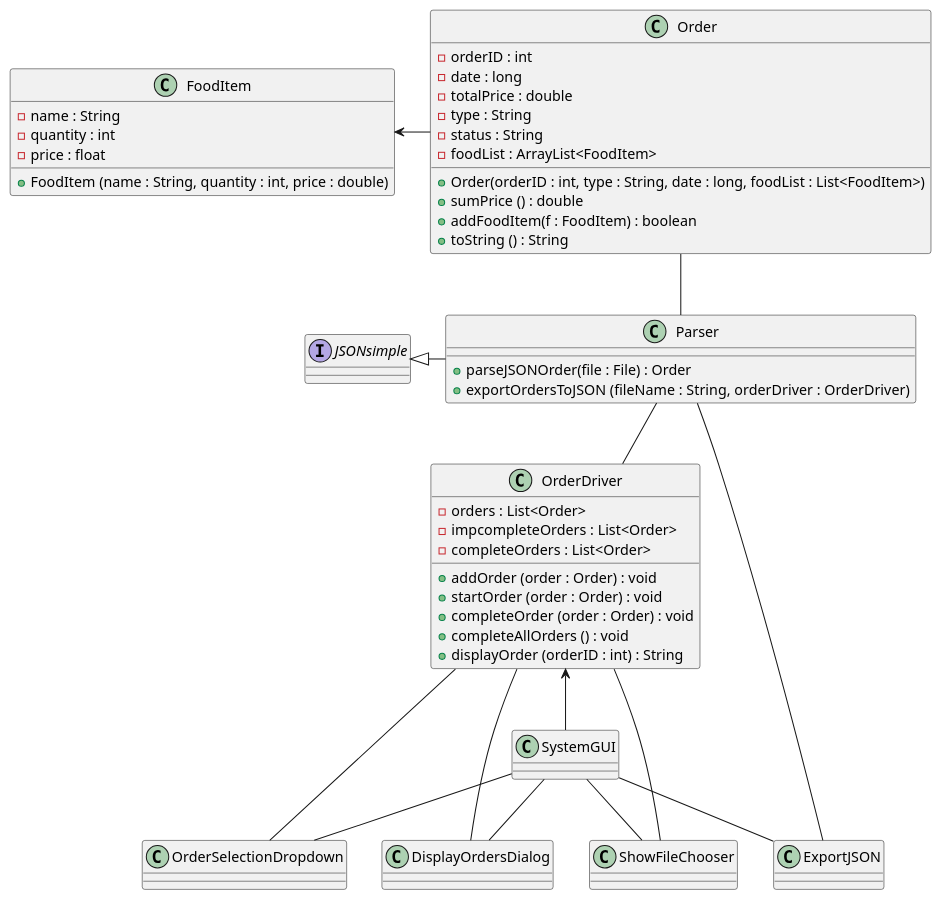
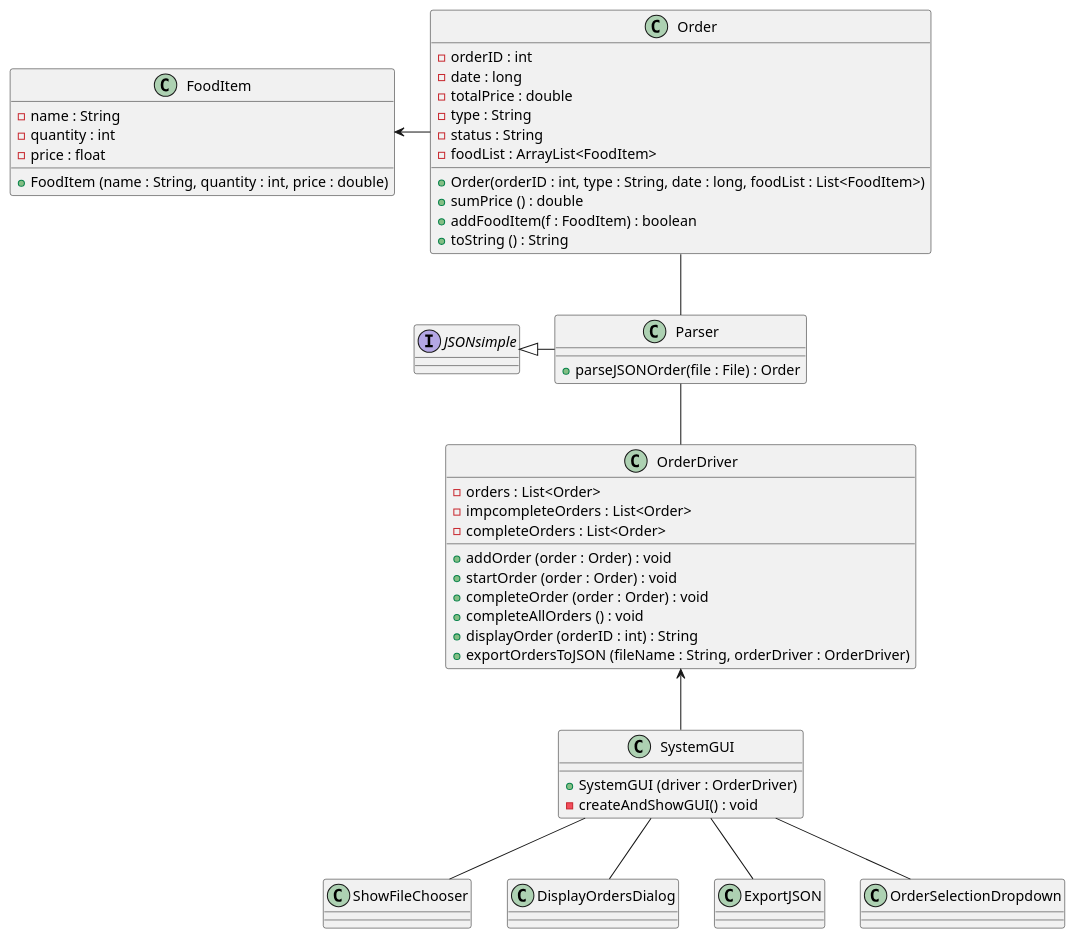
Before and after one commit to aidanmahl/372GroupProject: the diagram in code/src/main/java/Design/ClassUMLDiagram.puml, drawn with PlantUML.

Commit message:
Updating Class UML Diagram

```diff
--- a/code/src/main/java/Design/ClassUMLDiagram.puml
+++ b/code/src/main/java/Design/ClassUMLDiagram.puml
@@ -1,75 +1,78 @@
 @startuml
 'https://plantuml.com/class-diagram
 
 class Parser
 class FoodItem
 class Order
 class OrderDriver
 
 class SystemGUI
 class ShowFileChooser
 class DisplayOrdersDialog
 class ExportJSON
 class OrderSelectionDropdown
 
 interface JSONsimple
 
 
 JSONsimple <|- Parser
 Order -- Parser
 FoodItem <- Order
 Parser -- OrderDriver
 
-
 OrderDriver <-- SystemGUI
-OrderDriver -- ShowFileChooser
-OrderDriver -- DisplayOrdersDialog
-Parser -- ExportJSON
-OrderDriver -- OrderSelectionDropdown
 
 SystemGUI -- ShowFileChooser
 SystemGUI -- DisplayOrdersDialog
 SystemGUI -- ExportJSON
 SystemGUI -- OrderSelectionDropdown
 
 class FoodItem {
 - name : String
 - quantity : int
 - price : float
 
 + FoodItem (name : String, quantity : int, price : double)
 }
 
 class Order {
 - orderID : int
 - date : long
 - totalPrice : double
 - type : String
 - status : String
 - foodList : ArrayList<FoodItem>
 
 + Order(orderID : int, type : String, date : long, foodList : List<FoodItem>)
 + sumPrice () : double
 + addFoodItem(f : FoodItem) : boolean
 + toString () : String
 }
 
 class Parser {
 + parseJSONOrder(file : File) : Order
-+ exportOrdersToJSON (fileName : String, orderDriver : OrderDriver)
 }
 
 class OrderDriver {
 - orders : List<Order>
 - impcompleteOrders : List<Order>
 - completeOrders : List<Order>
 
 + addOrder (order : Order) : void
 + startOrder (order : Order) : void
 + completeOrder (order : Order) : void
 + completeAllOrders () : void
 + displayOrder (orderID : int) : String
++ exportOrdersToJSON (fileName : String, orderDriver : OrderDriver)
 }
 
+class SystemGUI {
++ SystemGUI (driver : OrderDriver)
+- createAndShowGUI() : void
+}
+
+class ShowFileChooser {
+
+}
 
 @enduml
```
